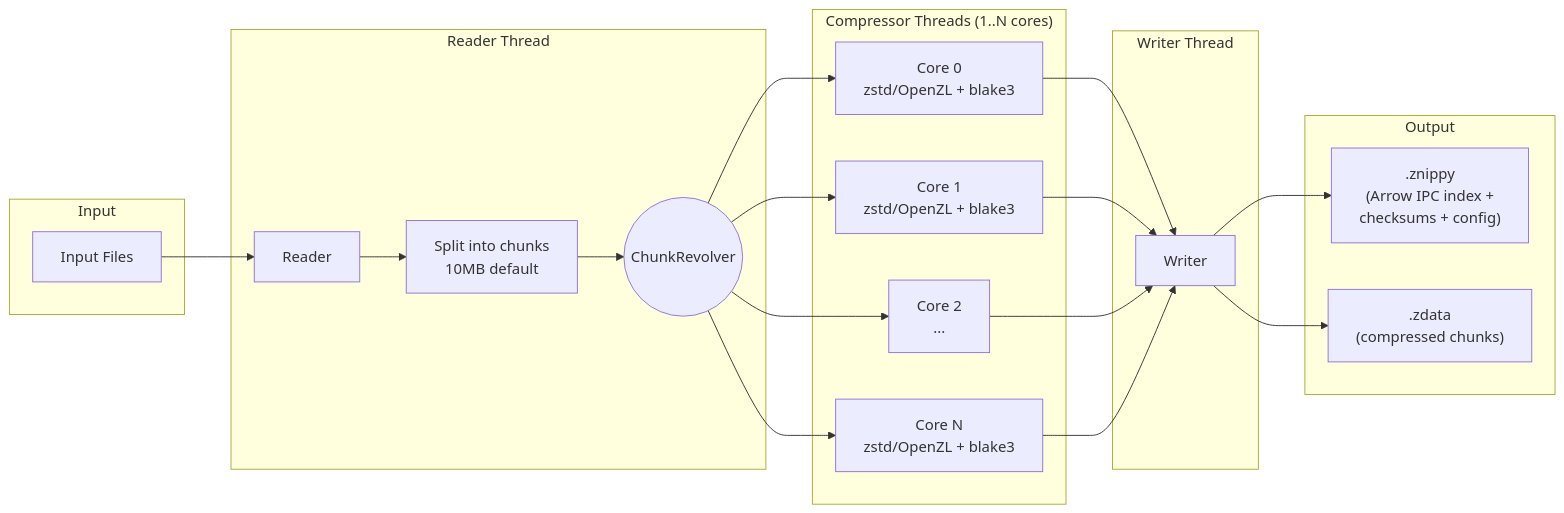
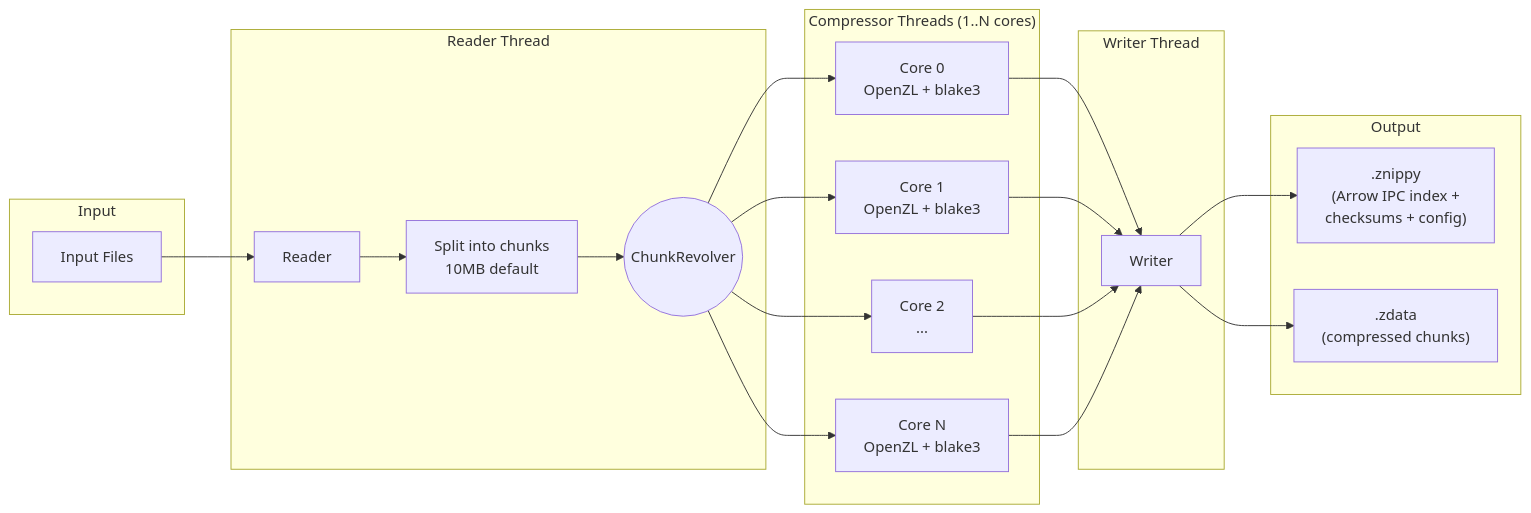
Before and after one commit to Ignalina/znippy: the first of 2 diagrams in README.md, drawn with Mermaid. The commit also changed other lines of this file, not shown here.

Commit message:
Update README: OpenZL is current (v0.3.0), fresh benchmarks

````diff
--- a/README.md
+++ b/README.md
@@ -20,32 +22,32 @@
 ```mermaid
 flowchart LR
     subgraph Input
         Files[Input Files]
     end
 
     subgraph "Reader Thread"
         Reader[Reader] --> Split[Split into chunks<br/>10MB default]
         Split --> Revolver((ChunkRevolver))
     end
 
     subgraph "Compressor Threads (1..N cores)"
-        Revolver --> C0[Core 0<br/>zstd/OpenZL + blake3]
-        Revolver --> C1[Core 1<br/>zstd/OpenZL + blake3]
+        Revolver --> C0[Core 0<br/>OpenZL + blake3]
+        Revolver --> C1[Core 1<br/>OpenZL + blake3]
         Revolver --> C2[Core 2<br/>...]
-        Revolver --> CN[Core N<br/>zstd/OpenZL + blake3]
+        Revolver --> CN[Core N<br/>OpenZL + blake3]
     end
 
     subgraph "Writer Thread"
         C0 --> Writer[Writer]
         C1 --> Writer
         C2 --> Writer
         CN --> Writer
     end
 
     subgraph Output
         Writer --> Archive[".znippy<br/>(Arrow IPC index +<br/>checksums + config)"]
         Writer --> Zdata[".zdata<br/>(compressed chunks)"]
     end
 
     Files --> Reader
 ```
````
